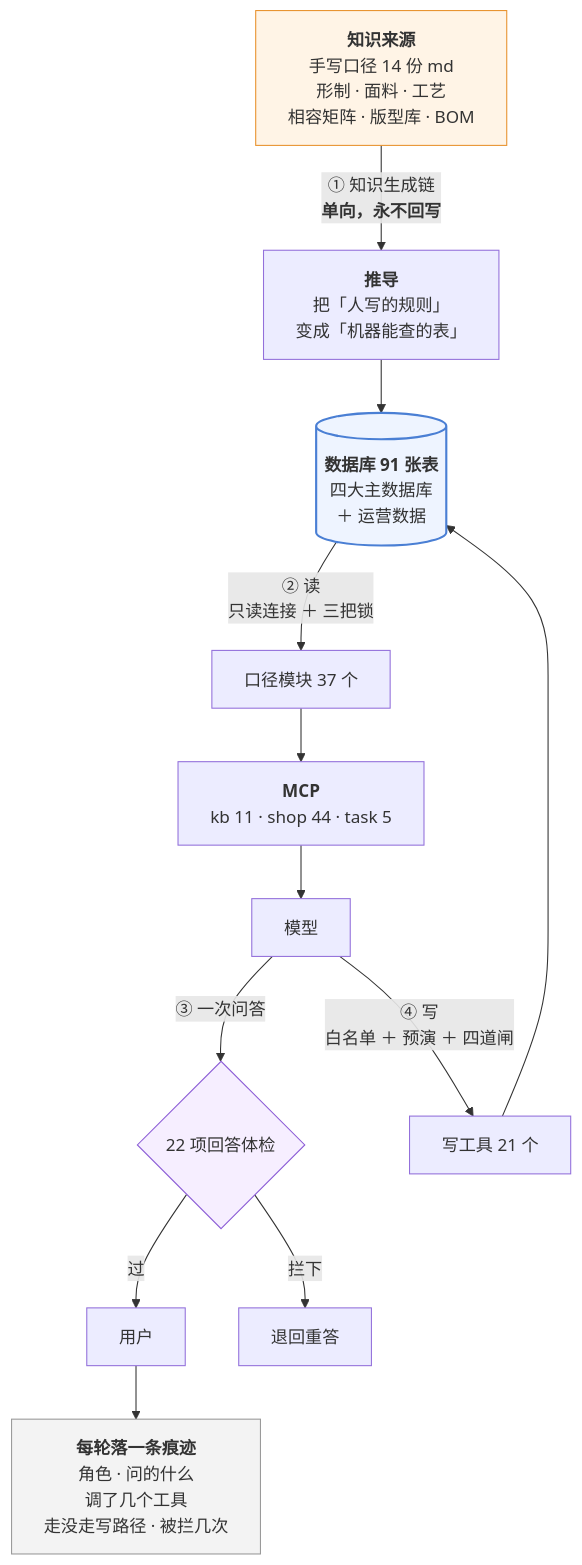
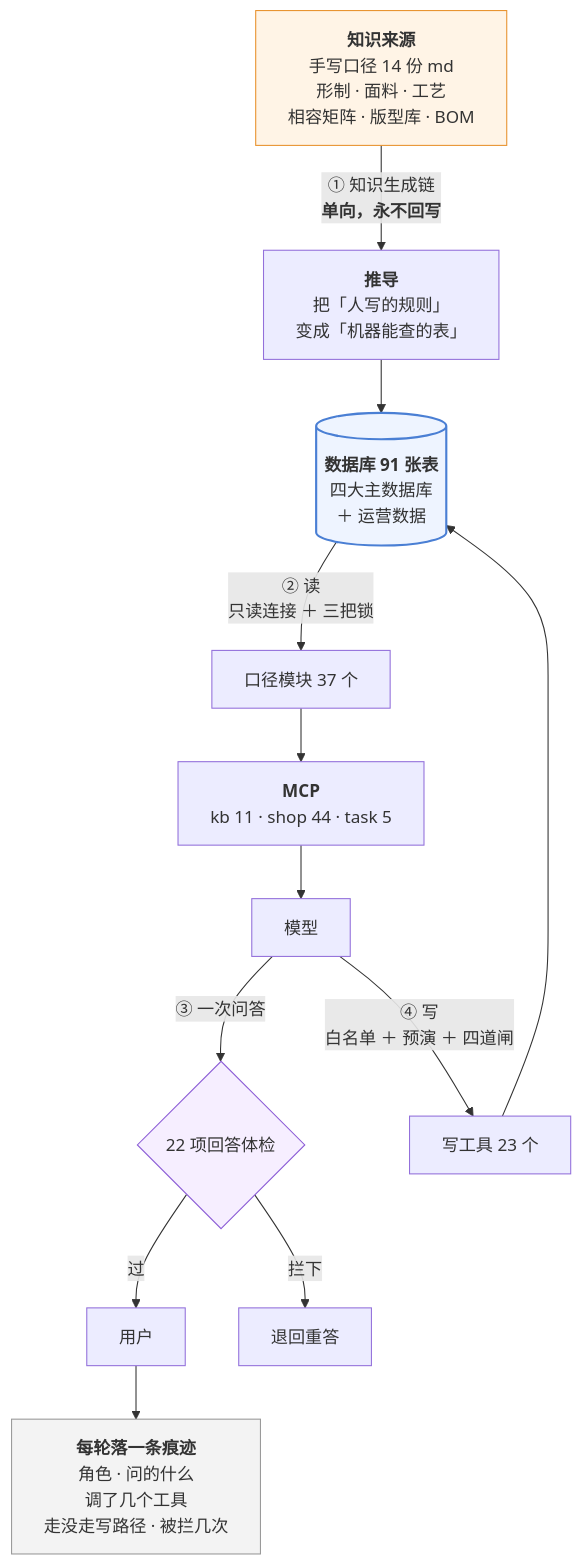
The third of 3 diagrams in 澜绣云裳agent-产品说明.md (843773296-rgb/lanxiu-yunshang-agent), drawn with Mermaid before and after one commit. The commit also changed other lines of this file and 4 other files, not shown here.

````diff
--- a/澜绣云裳agent-产品说明.md
+++ b/澜绣云裳agent-产品说明.md
@@ -867,24 +867,24 @@
 ```mermaid
 flowchart TD
     MD["<b>知识来源</b><br/>手写口径 14 份 md<br/>形制 · 面料 · 工艺<br/>相容矩阵 · 版型库 · BOM"]
     MD -->|"① 知识生成链<br/><b>单向，永不回写</b>"| DV["<b>推导</b><br/>把「人写的规则」<br/>变成「机器能查的表」"]
     DV --> DB[("<b>数据库 91 张表</b><br/>四大主数据库<br/>＋ 运营数据")]
 
     DB -->|"② 读<br/>只读连接 ＋ 三把锁"| KJ["口径模块 37 个"]
     KJ --> MCP["<b>MCP</b><br/>kb 11 · shop 44 · task 5"]
     MCP --> LLM["模型"]
 
     LLM -->|"③ 一次问答"| GD{"22 项回答体检"}
     GD -- 过 --> U["用户"]
     GD -- 拦下 --> RE["退回重答"]
 
-    LLM -->|"④ 写<br/>白名单 ＋ 预演 ＋ 四道闸"| W["写工具 21 个"]
+    LLM -->|"④ 写<br/>白名单 ＋ 预演 ＋ 四道闸"| W["写工具 23 个"]
     W --> DB
 
     U --> TR["<b>每轮落一条痕迹</b><br/>角色 · 问的什么<br/>调了几个工具<br/>走没走写路径 · 被拦几次"]
 
     style MD fill:#fff4e6,stroke:#e8912d
     style DB fill:#eef4ff,stroke:#4a7fd4,stroke-width:2px
     style GD fill:#f6eeff,stroke:#8b5cd6
     style TR fill:#f3f3f3,stroke:#999
 ```
````
